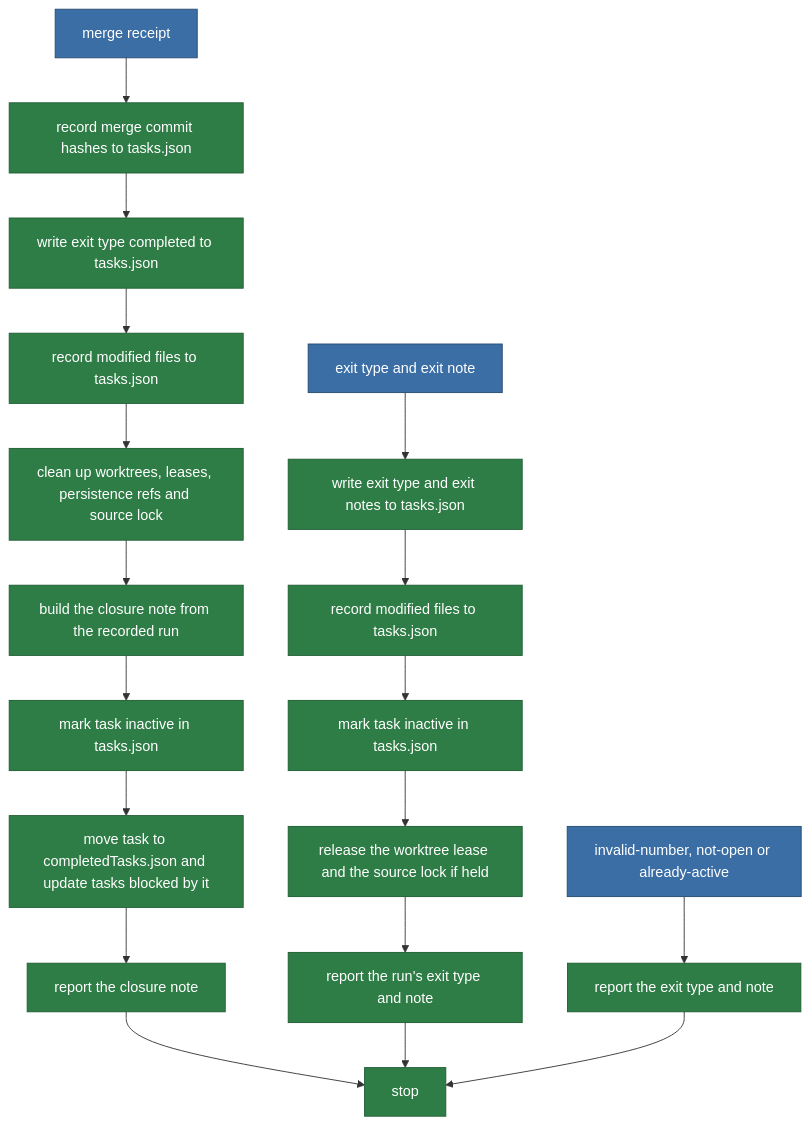
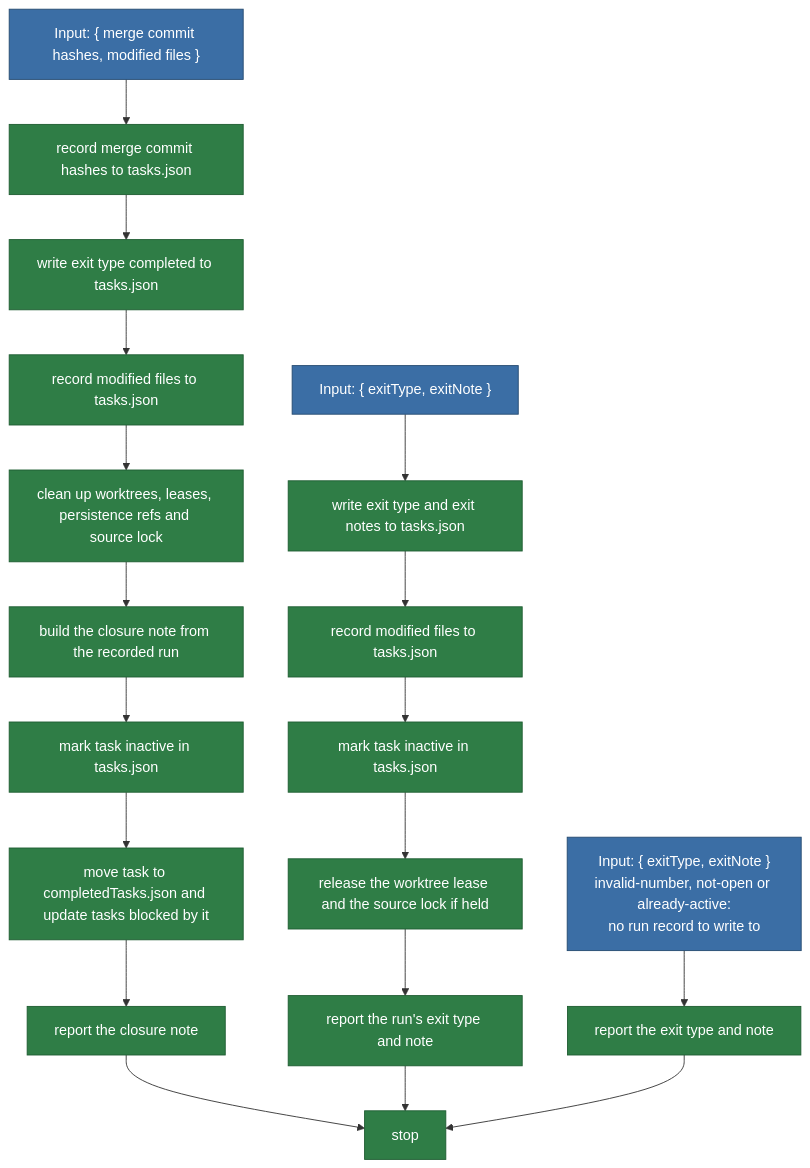
One commit to matkatmusic/taskTools changed the diagram in plans/diagram/pipeline-exitWorkflow.mmd. Above: the diagram before and after it, drawn with Mermaid. The commit also changed 7 other files, not shown here.

```diff
--- a/plans/diagram/pipeline-exitWorkflow.mmd
+++ b/plans/diagram/pipeline-exitWorkflow.mmd
@@ -1,80 +1,81 @@
 flowchart TB
 %% EXIT WORKFLOW. Split from pipeline.mmd. Every pipeline ends here.
 %% Two inputs, two tails:
 %%   the merge receipt from the rebase and merge pipeline -> the success tail
 %%   an exit type and exit note from any pipeline          -> the failure tail
 %% Rules that apply everywhere, not steps:
 %%   1. Every git interaction goes through a script. Never prose.
 %%   2. Every read and write of tasks.json is atomic.
 %%   3. Every box that touches the working tree operates on every repository
 %%      layer, deepest submodule first, root last. Boxes that only read or write
 %%      tasks.json do not.
 %%   4. Exactly one box releases the source repo lock: "clean up" on the success
 %%      tail, "release the worktree lease and the source lock if held" on the
 %%      failure tail. The release line names only what is actually held: nothing
 %%      before a worktree exists, the lease only before the source repo was
 %%      locked, both after.
 %%   5. A script that fails operationally, as opposed to returning a verdict,
 %%      exits the run as run-failed. No step is retried after it has mutated
 %%      anything. How far this workflow can run depends on where the failure
 %%      happened, and there are four cases:
 %%        before the task is active - report and stop; there is no run to write to
 %%        active, no worktree      - this workflow runs; modified files records []
 %%        active, with worktree    - this workflow runs in full
 %%        during the archive, after "mark task inactive"
 %%                                - the run is already ended, so this workflow
 %%                                  reopens it, overwrites exit type completed
 %%                                  with run-failed, and re-ends it
 %%   6. A mutating box whose result is lost is never blindly retried and never
 %%      assumed failed. Each one has a read-only reconciliation check that reads
 %%      the world and decides whether it already happened. A safe idempotent
 %%      rerun happens only after reconciliation proves it did not complete. Only
 %%      an ambiguous loss is run-failed.
 %%   7. A task stays unavailable to another run from "mark the task active" until
 %%      its archive lands. "mark task inactive" ends the run but does NOT reopen
 %%      the task: a task whose newest ended run exited completed, and which is
 %%      still in tasks.json, is closing, and a second invocation must refuse it.
 %% Exit types that reach [stop]:
 %%   completed          - archived to completedTasks.json
 %%   invalid-number     - not in tasks.json or completedTasks.json
 %%   not-open           - already completed
 %%   already-active     - a previous run left the task active
 %%   blocked            - an open blocker remains
 %%   plan-scrapped      - codex scrapped the plan twice
 %%   tests-red          - task tests still failing after 2 fix attempts
 %%   tests-flagged      - codex flagged the tests twice
 %%   suite-red          - full suite still failing after 2 fix attempts
 %%   rebase-stuck       - the rebase did not advance after 2 conflict fixes
 %%   merge-failed       - the merge did not land twice
 %%   fence-violation    - a step changed a file the task does not own
 %%   run-failed         - a script failed operationally
 %% invalid-number, not-open and already-active are the only exits that write
 %% nothing to tasks.json: the first two have no open task record to write to, and
 %% the third must not touch a run that belongs to another invocation. All three
 %% take the report-only tail. Every other exit takes the failure tail.
 
-  RECEIPT["merge receipt"] --> HASH["record merge commit hashes to tasks.json"]
+  INMERGE["Input: { merge commit hashes, modified files }"] --> HASH["record merge commit hashes to tasks.json"]
   HASH --> DONE["write exit type completed to tasks.json"]
   DONE --> RECOK["record modified files to tasks.json"]
   RECOK --> CLEAN["clean up worktrees, leases, persistence refs and source lock"]
   CLEAN --> VNOTES["build the closure note from the recorded run"]
   VNOTES --> OFFOK["mark task inactive in tasks.json"]
   OFFOK --> ARCH["move task to completedTasks.json and update tasks blocked by it"]
   ARCH --> REPORTDONE["report the closure note"]
   REPORTDONE --> STOP["stop"]
 
-  FAILED["exit type and exit note"] --> EXIT["write exit type and exit notes to tasks.json"]
+  INFAIL["Input: { exitType, exitNote }"] --> EXIT["write exit type and exit notes to tasks.json"]
   EXIT --> REC["record modified files to tasks.json"]
   REC --> OFF["mark task inactive in tasks.json"]
   OFF --> REL["release the worktree lease and the source lock if held"]
   REL --> REPORTRUN["report the run's exit type and note"]
   REPORTRUN --> STOP
 
-  NOWRITE["invalid-number, not-open or already-active"] --> REPORTEDGE["report the exit type and note"]
+  INNOWRITE["Input: { exitType, exitNote }<br/>invalid-number, not-open or already-active:<br/>no run record to write to"] --> REPORTEDGE["report the exit type and note"]
   REPORTEDGE --> STOP
 
   classDef script fill:#2f7d46,stroke:#1e5c31,color:#ffffff
   classDef prose fill:#e0b400,stroke:#a88600,color:#1a1a1a
   classDef output fill:#3b6ea5,stroke:#254a70,color:#ffffff
+  classDef fail fill:red,stroke:#254a70,color:#ffffff
   class HASH,DONE,RECOK,CLEAN,VNOTES,OFFOK,ARCH,REPORTDONE,EXIT,REC,OFF,REL,REPORTRUN,REPORTEDGE,STOP script
-  class RECEIPT,FAILED,NOWRITE output
+  class INMERGE,INFAIL,INNOWRITE output
```
